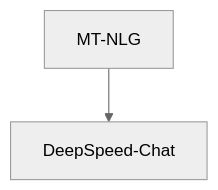
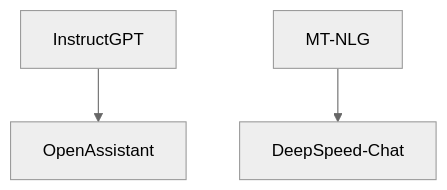
Diagram 18 of 19 in doc/llm.md (ted-sharp/chatvox), drawn with Mermaid (neutral theme) before and after one commit. The commit also changed other lines of this file, not shown here.

````diff
--- a/doc/llm.md
+++ b/doc/llm.md
@@ -786,5 +781,5 @@
 ```mermaid
 flowchart
-
+InstructGPT --> OpenAssistant
 MT-NLG --> DeepSpeed-Chat
 ```
````
